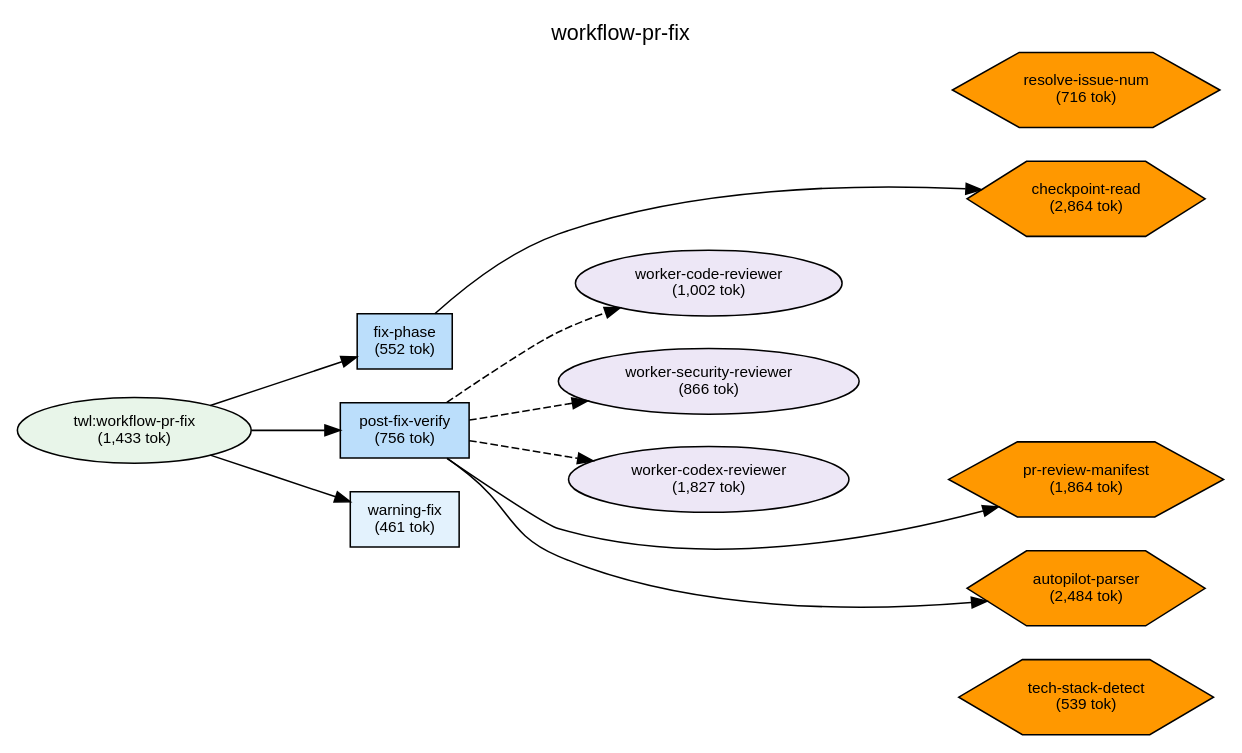
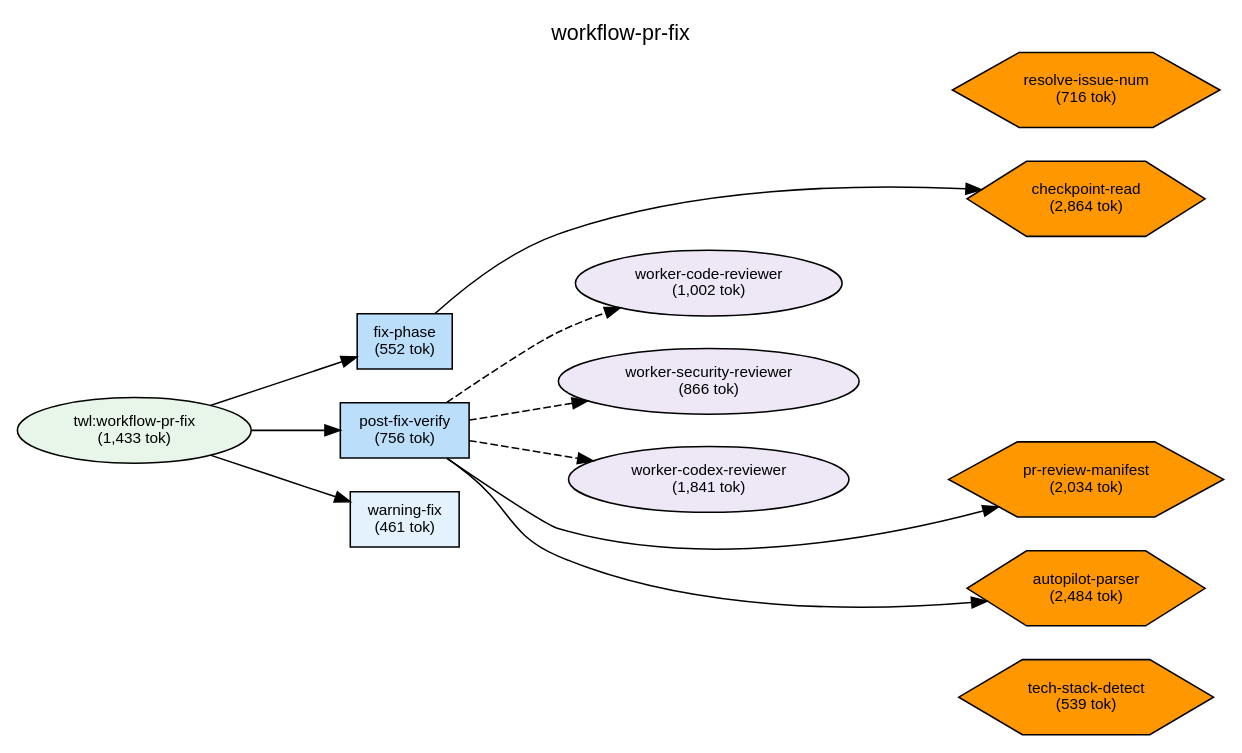
The diagram in plugins/twl/docs/deps-workflow-pr-fix.dot (shuu5/twill), drawn with Graphviz before and after one commit. The commit also changed 31 other files, not shown here.

```diff
--- a/plugins/twl/docs/deps-workflow-pr-fix.dot
+++ b/plugins/twl/docs/deps-workflow-pr-fix.dot
@@ -1,73 +1,73 @@
 digraph Dependencies {
     // Graph settings
     rankdir=LR;
     ranksep=0.8;
     nodesep=0.3;
     fontname="Helvetica";
     node [fontname="Helvetica", fontsize=10];
     edge [fontname="Helvetica", fontsize=9];
     label="workflow-pr-fix";
     labelloc=t;
     fontsize=14;
 
     // L0: Controller Skills
 
     // L0: Launchers
 
     // L0.5: Workflow Skills
     skill_workflow_pr_fix [label="twl:workflow-pr-fix\n(1,433 tok)", shape=ellipse, style=filled, fillcolor="#e8f5e9"];
 
     // Reference Skills
 
     // L1: Direct Commands
     cmd_post_fix_verify [label="post-fix-verify\n(756 tok)", shape=box, style=filled, fillcolor="#bbdefb"];
     cmd_warning_fix [label="warning-fix\n(461 tok)", shape=box, style=filled, fillcolor="#e3f2fd"];
     cmd_fix_phase [label="fix-phase\n(552 tok)", shape=box, style=filled, fillcolor="#bbdefb"];
 
     // L2: Sub Commands
 
     // L3: Agents
-    agent_worker_codex_reviewer [label="worker-codex-reviewer\n(1,827 tok)", shape=ellipse, style=filled, fillcolor="#ede7f6"];
+    agent_worker_codex_reviewer [label="worker-codex-reviewer\n(1,841 tok)", shape=ellipse, style=filled, fillcolor="#ede7f6"];
     agent_worker_code_reviewer [label="worker-code-reviewer\n(1,002 tok)", shape=ellipse, style=filled, fillcolor="#ede7f6"];
     agent_worker_security_reviewer [label="worker-security-reviewer\n(866 tok)", shape=ellipse, style=filled, fillcolor="#ede7f6"];
 
     // L3.5: Scripts
     script_tech_stack_detect [label="tech-stack-detect\n(539 tok)", shape=hexagon, style=filled, fillcolor="#FF9800"];
     script_autopilot_parser [label="autopilot-parser\n(2,484 tok)", shape=hexagon, style=filled, fillcolor="#FF9800"];
     script_resolve_issue_num [label="resolve-issue-num\n(716 tok)", shape=hexagon, style=filled, fillcolor="#FF9800"];
-    script_pr_review_manifest [label="pr-review-manifest\n(1,864 tok)", shape=hexagon, style=filled, fillcolor="#FF9800"];
+    script_pr_review_manifest [label="pr-review-manifest\n(2,034 tok)", shape=hexagon, style=filled, fillcolor="#FF9800"];
     script_checkpoint_read [label="checkpoint-read\n(2,864 tok)", shape=hexagon, style=filled, fillcolor="#FF9800"];
 
     // L4: External
 
     // Layer constraints
     { rank=same; skill_workflow_pr_fix; }
     { rank=same; cmd_post_fix_verify; cmd_warning_fix; cmd_fix_phase; }
     { rank=same; agent_worker_codex_reviewer; agent_worker_code_reviewer; agent_worker_security_reviewer; }
     { rank=same; script_tech_stack_detect; script_autopilot_parser; script_resolve_issue_num; script_pr_review_manifest; script_checkpoint_read; }
 
     // Edges
     skill_workflow_pr_fix -> cmd_fix_phase;
     skill_workflow_pr_fix -> cmd_post_fix_verify;
     skill_workflow_pr_fix -> cmd_warning_fix;
     cmd_post_fix_verify -> agent_worker_code_reviewer [style=dashed];
     cmd_post_fix_verify -> agent_worker_security_reviewer [style=dashed];
     cmd_post_fix_verify -> agent_worker_codex_reviewer [style=dashed];
     cmd_post_fix_verify -> script_pr_review_manifest;
     cmd_post_fix_verify -> script_autopilot_parser;
     cmd_fix_phase -> script_checkpoint_read;
 
     // Ordering constraints (invisible edges)
     cmd_fix_phase -> cmd_post_fix_verify [style=invis, weight=10];
     cmd_post_fix_verify -> cmd_warning_fix [style=invis, weight=10];
     agent_worker_code_reviewer -> agent_worker_security_reviewer [style=invis, weight=10];
     agent_worker_security_reviewer -> agent_worker_codex_reviewer [style=invis, weight=10];
     agent_worker_codex_reviewer -> script_pr_review_manifest [style=invis, weight=10];
     script_pr_review_manifest -> script_autopilot_parser [style=invis, weight=10];
     script_autopilot_parser -> script_tech_stack_detect [style=invis, weight=10];
     agent_worker_code_reviewer -> agent_worker_security_reviewer [style=invis, weight=10];
     script_pr_review_manifest -> script_autopilot_parser [style=invis, weight=10];
     script_autopilot_parser -> script_tech_stack_detect [style=invis, weight=10];
     agent_worker_code_reviewer -> agent_worker_security_reviewer [style=invis, weight=10];
 
 }
```
